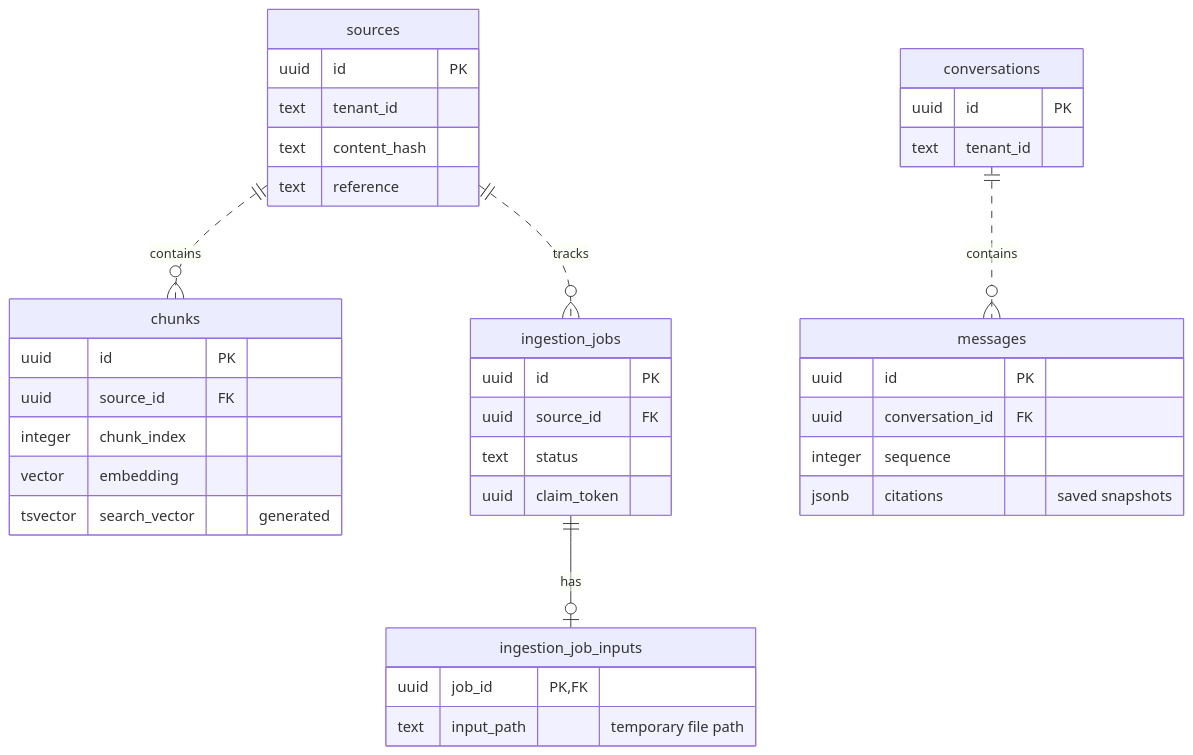
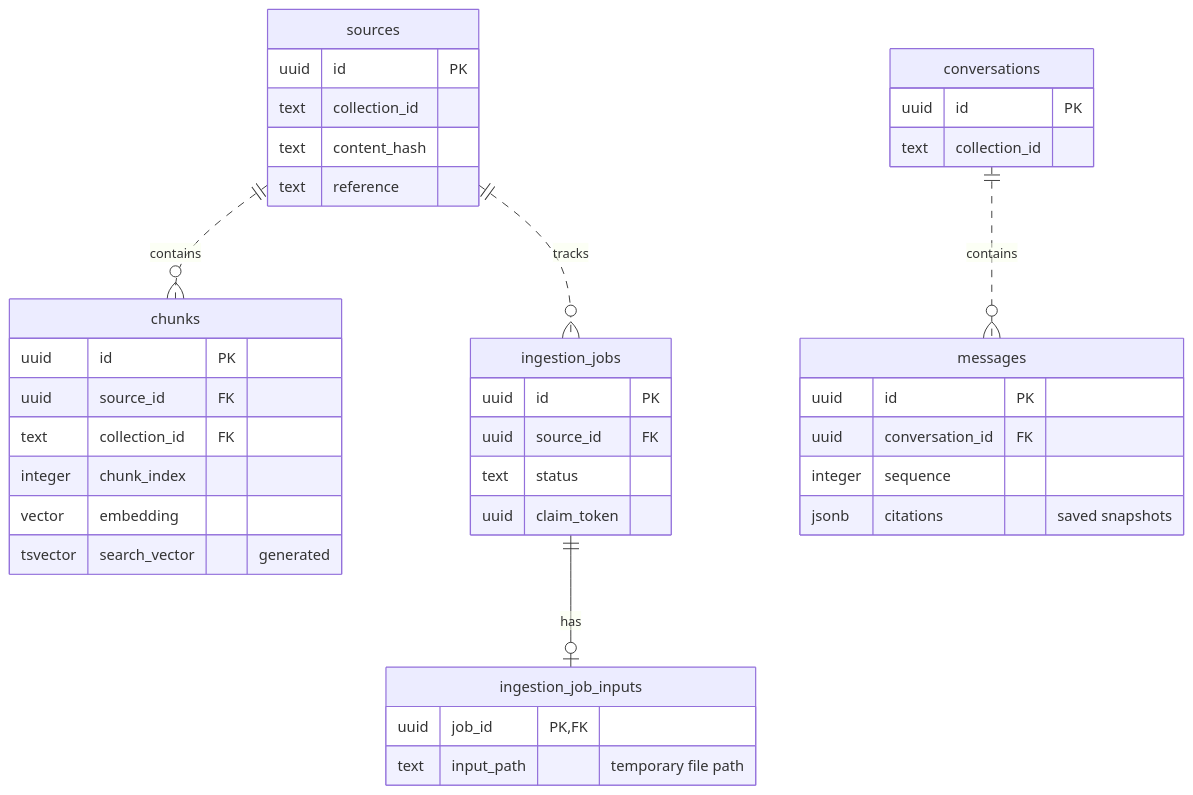
Before and after one commit to richard-costa/rag-mtst: the second of 3 diagrams in docs/explanation/architecture.md, drawn with Mermaid. The commit also changed other lines of this file and 65 other files, not shown here.

````diff
--- a/docs/explanation/architecture.md
+++ b/docs/explanation/architecture.md
@@ -65,47 +65,48 @@
 ```mermaid
 ---
 config:
     er:
         useMaxWidth: true
 ---
 erDiagram
     direction TB
     sources ||..o{ chunks : contains
     sources ||..o{ ingestion_jobs : tracks
     ingestion_jobs ||--o| ingestion_job_inputs : has
     conversations ||..o{ messages : contains
 
     sources {
         uuid id PK
-        text tenant_id
+        text collection_id
         text content_hash
         text reference
     }
     chunks {
         uuid id PK
         uuid source_id FK
+        text collection_id FK
         integer chunk_index
         vector embedding
         tsvector search_vector "generated"
     }
     ingestion_jobs {
         uuid id PK
         uuid source_id FK
         text status
         uuid claim_token
     }
     ingestion_job_inputs {
         uuid job_id PK, FK
         text input_path "temporary file path"
     }
     conversations {
         uuid id PK
-        text tenant_id
+        text collection_id
     }
     messages {
         uuid id PK
         uuid conversation_id FK
         integer sequence
         jsonb citations "saved snapshots"
     }
 ```
````
